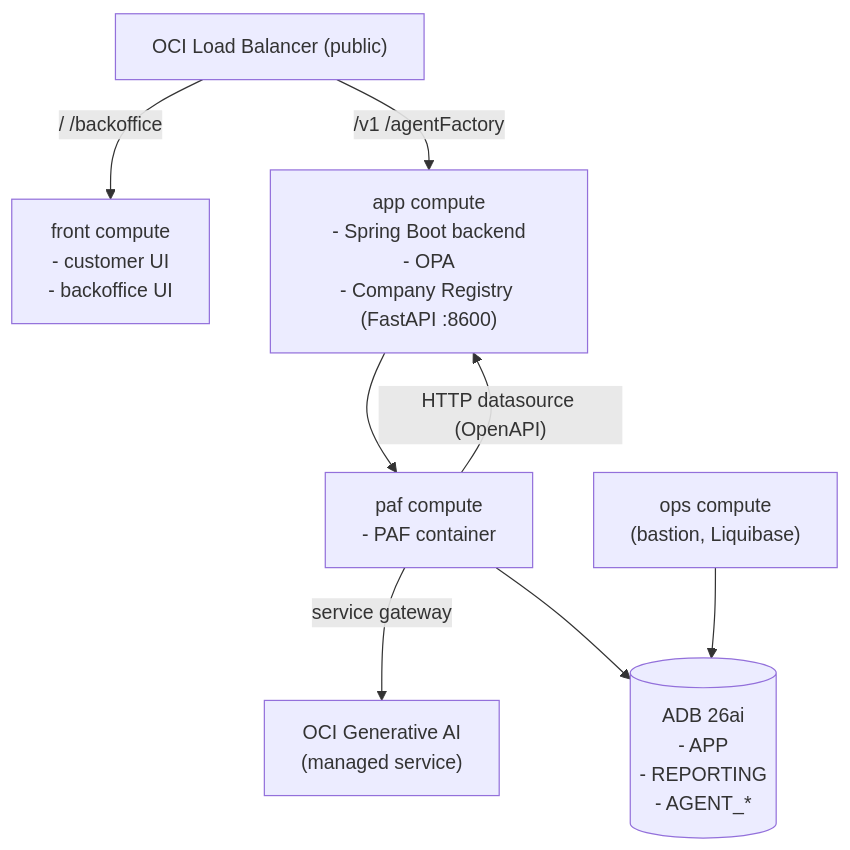
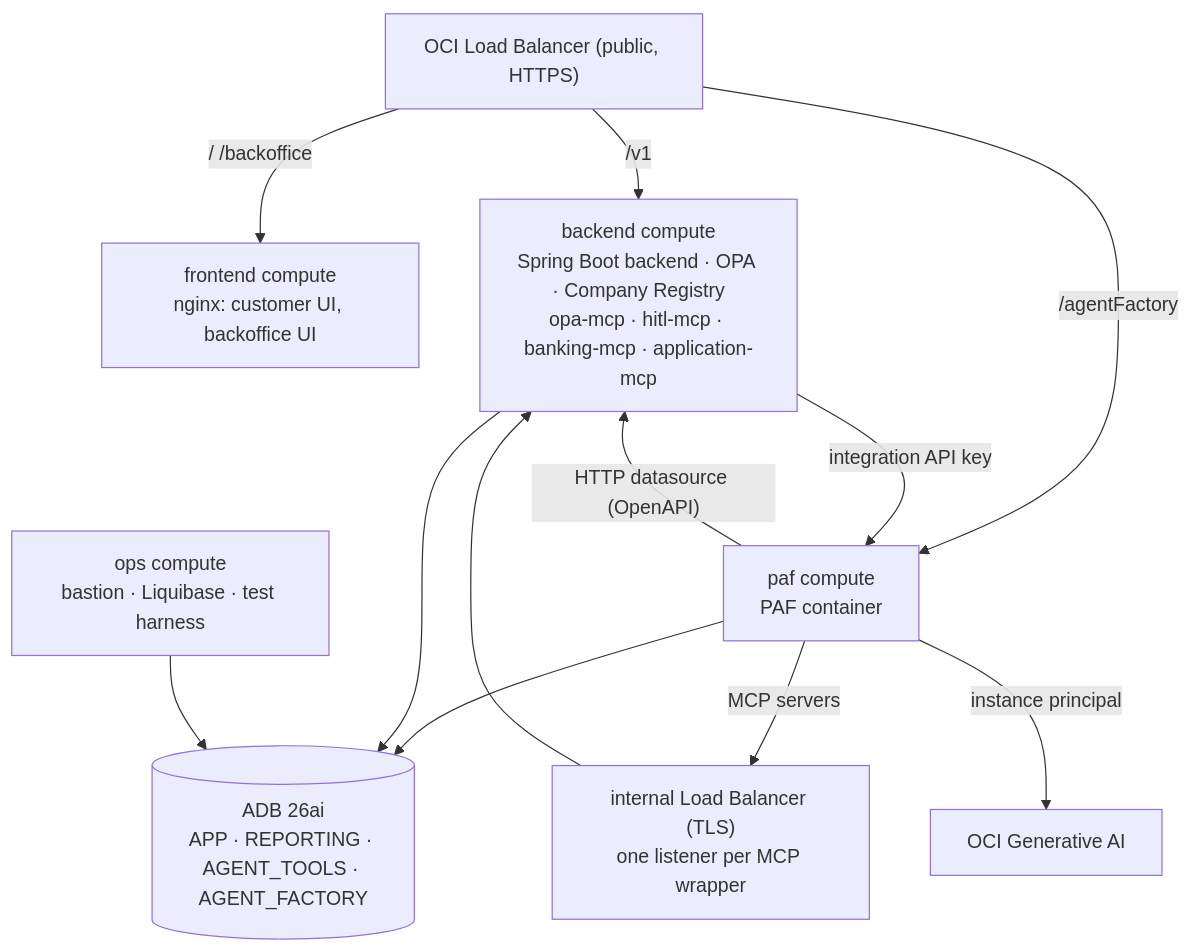
One commit to vmleon/oracle-database-private-agent-factory-poc changed the diagram in docs/DEPLOYMENT.md. Above: the diagram before and after it, drawn with Mermaid. The commit also changed other lines of this file and 69 other files, not shown here.

````diff
--- a/docs/DEPLOYMENT.md
+++ b/docs/DEPLOYMENT.md
@@ -122,18 +52,22 @@
 ```mermaid
 flowchart TB
-    lb["OCI Load Balancer (public)"]
-    front["front compute<br/>- customer UI<br/>- backoffice UI"]
-    app["app compute<br/>- Spring Boot backend<br/>- OPA<br/>- Company Registry (FastAPI :8600)"]
-    paf["paf compute<br/>- PAF container"]
-    genai["OCI Generative AI<br/>(managed service)"]
-    adb[("ADB 26ai<br/>- APP<br/>- REPORTING<br/>- AGENT_*")]
-    ops["ops compute<br/>(bastion, Liquibase)"]
+    lb["OCI Load Balancer (public, HTTPS)"]
+    front["frontend compute<br/>nginx: customer UI, backoffice UI"]
+    back["backend compute<br/>Spring Boot backend · OPA · Company Registry<br/>opa-mcp · hitl-mcp · banking-mcp · application-mcp"]
+    ilb["internal Load Balancer (TLS)<br/>one listener per MCP wrapper"]
+    paf["paf compute<br/>PAF container"]
+    genai["OCI Generative AI"]
+    adb[("ADB 26ai<br/>APP · REPORTING · AGENT_TOOLS · AGENT_FACTORY")]
+    ops["ops compute<br/>bastion · Liquibase · test harness"]
 
     lb -- "/  /backoffice" --> front
-    lb -- "/v1  /agentFactory" --> app
-    app --> paf
-    paf -- "HTTP datasource (OpenAPI)" --> app
-    paf -- "service gateway" --> genai
+    lb -- "/v1" --> back
+    lb -- "/agentFactory" --> paf
+    back -- "integration API key" --> paf
+    paf -- "MCP servers" --> ilb --> back
+    paf -- "HTTP datasource (OpenAPI)" --> back
+    paf -- "instance principal" --> genai
     paf --> adb
+    back --> adb
     ops --> adb
 ```
````
